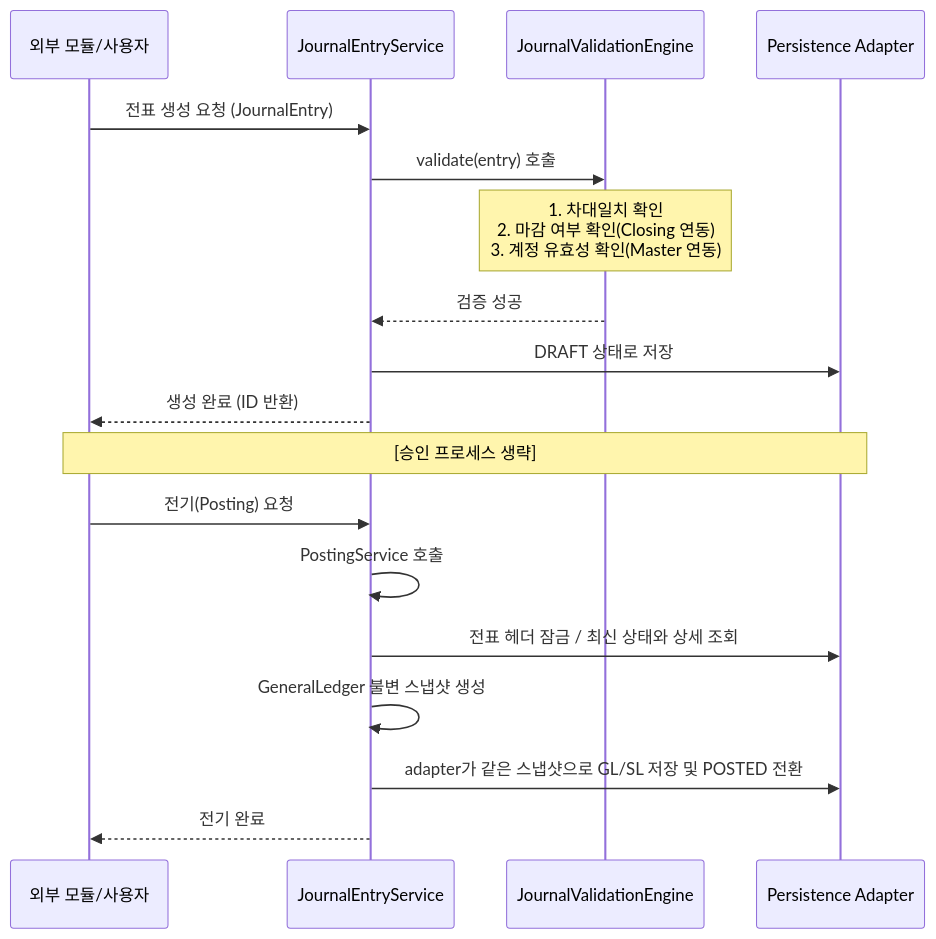
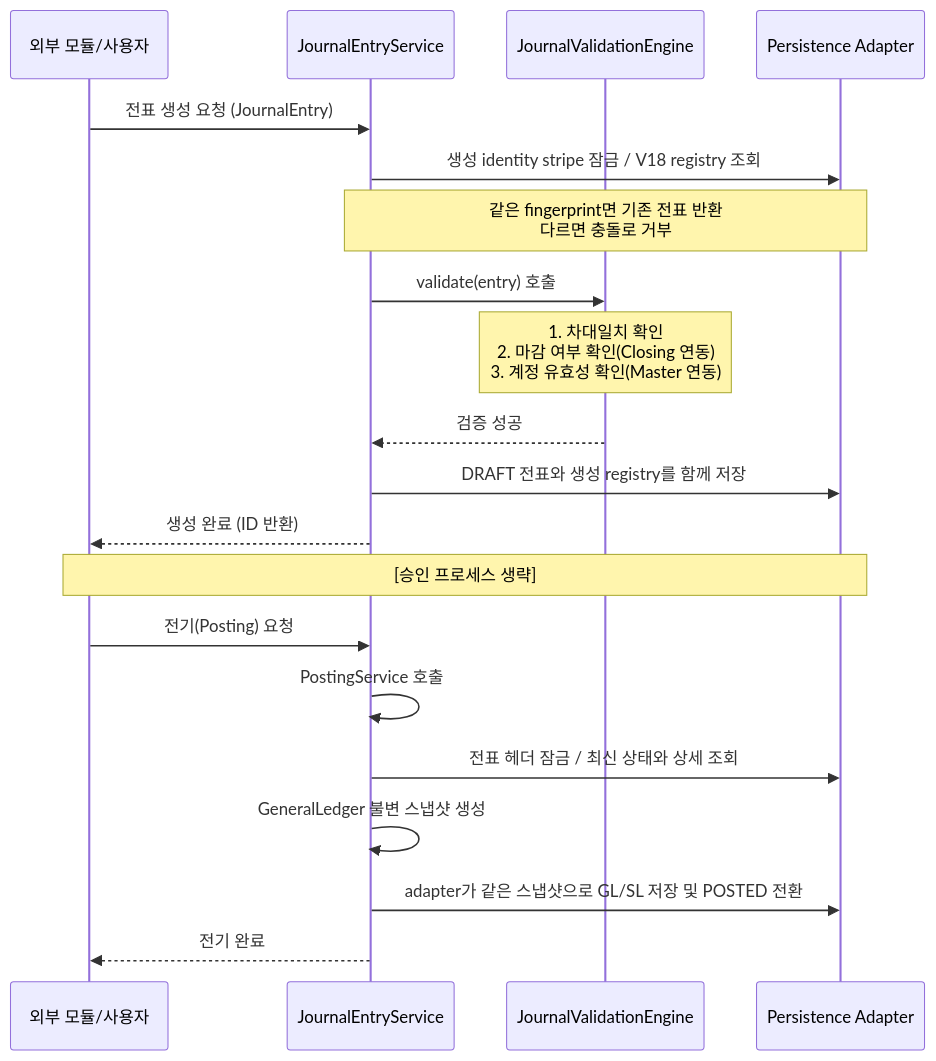
The first of 3 diagrams in journal-ledger/README.md (skyg547/account), drawn with Mermaid before and after one commit. The commit also changed other lines of this file and 94 other files, not shown here.

````diff
--- a/journal-ledger/README.md
+++ b/journal-ledger/README.md
@@ -37,23 +38,25 @@
 ```mermaid
 sequenceDiagram
     participant App as 외부 모듈/사용자
     participant Service as JournalEntryService
     participant Engine as JournalValidationEngine
     participant DB as Persistence Adapter
 
     App->>Service: 전표 생성 요청 (JournalEntry)
+    Service->>DB: 생성 identity stripe 잠금 / V18 registry 조회
+    Note over Service, DB: 같은 fingerprint면 기존 전표 반환<br/>다르면 충돌로 거부
     Service->>Engine: validate(entry) 호출
     Note over Engine: 1. 차대일치 확인<br/>2. 마감 여부 확인(Closing 연동)<br/>3. 계정 유효성 확인(Master 연동)
     Engine-->>Service: 검증 성공
-    Service->>DB: DRAFT 상태로 저장
+    Service->>DB: DRAFT 전표와 생성 registry를 함께 저장
     Service-->>App: 생성 완료 (ID 반환)
 
     Note over App, DB: [승인 프로세스 생략]
 
     App->>Service: 전기(Posting) 요청
     Service->>Service: PostingService 호출
     Service->>DB: 전표 헤더 잠금 / 최신 상태와 상세 조회
     Service->>Service: GeneralLedger 불변 스냅샷 생성
     Service->>DB: adapter가 같은 스냅샷으로 GL/SL 저장 및 POSTED 전환
     Service-->>App: 전기 완료
 ```
````
